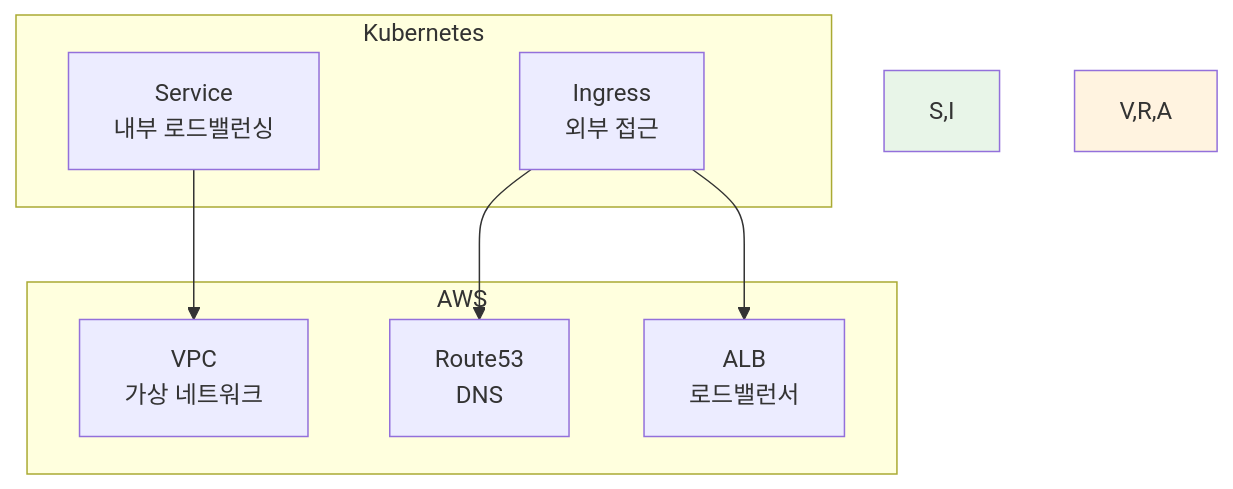
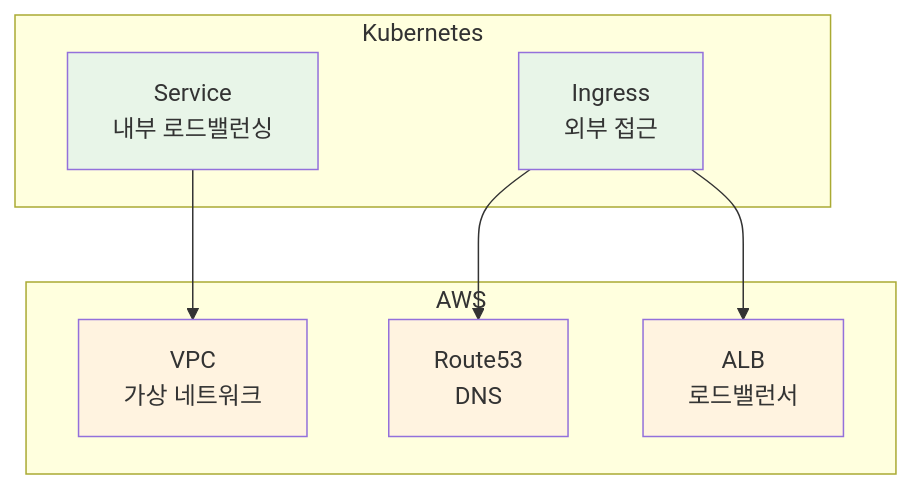
Before and after one commit to niceguy61/kdt_devops_lecture_2025: the ninth of 11 diagrams in theory/week_04/day5/session_3.md, drawn with Mermaid. The commit also changed other lines of this file and 2 other files, not shown here.

Commit message:
mermaid style 변경

````diff
--- a/theory/week_04/day5/session_3.md
+++ b/theory/week_04/day5/session_3.md
@@ -398,20 +412,23 @@
 ```mermaid
 graph TB
     subgraph "Kubernetes"
         S[Service<br/>내부 로드밸런싱]
         I[Ingress<br/>외부 접근]
     end
     
     subgraph "AWS"
         V[VPC<br/>가상 네트워크]
         R[Route53<br/>DNS]
         A[ALB<br/>로드밸런서]
     end
     
     S --> V
     I --> R
     I --> A
     
-    style S,I fill:#e8f5e8
-    style V,R,A fill:#fff3e0
+    style S fill:#e8f5e8
+    style I fill:#e8f5e8
+    style V fill:#fff3e0
+    style R fill:#fff3e0
+    style A fill:#fff3e0
 ```
````
